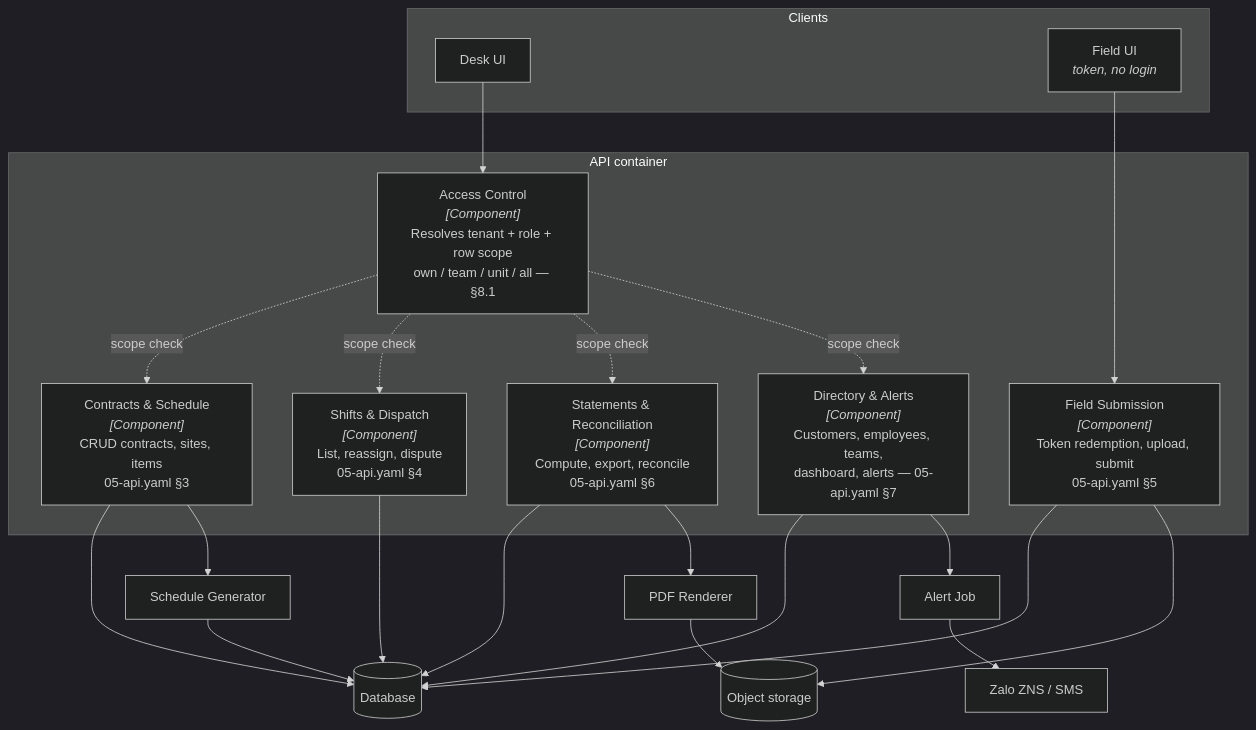
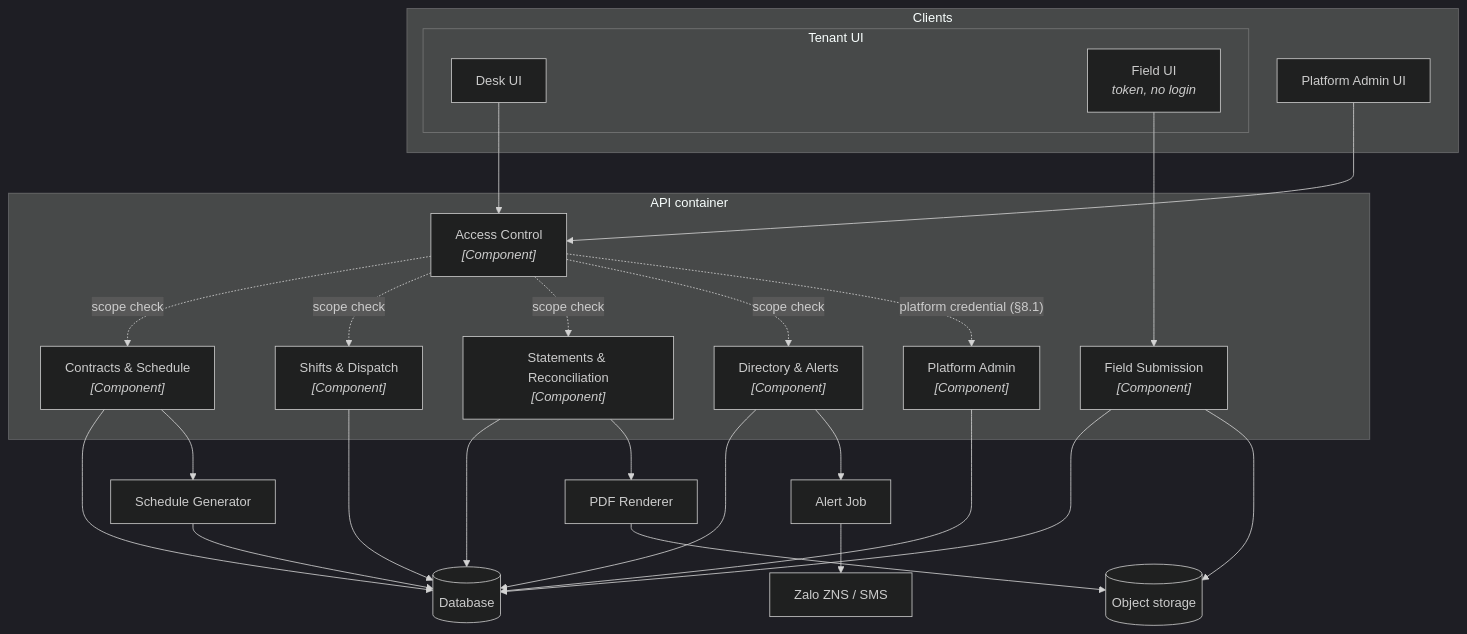
The third of 4 diagrams in docs/03-architecture.md (dDxCg/contrack), drawn with Mermaid (dark theme) before and after one commit. The commit also changed other lines of this file and 25 other files, not shown here.

Commit message:
resolve docs drift between erd, api and requirements, update repo layout. Fix employee hard delete to soft delete that match with requirements

````diff
--- a/docs/03-architecture.md
+++ b/docs/03-architecture.md
@@ -170,43 +156,50 @@
 ```mermaid
 flowchart TB
     subgraph clients["Clients"]
-        desk_ui2["Desk UI"]
-        field_ui2["Field UI<br/><i>token, no login</i>"]
+        subgraph tenant_ui2["Tenant UI"]
+            desk_ui2["Desk UI"]
+            field_ui2["Field UI<br/><i>token, no login</i>"]
+        end
+        platformadmin_ui2["Platform Admin UI"]
     end
 
     subgraph apic["API container"]
-        auth["Access Control<br/><i>[Component]</i><br/>Resolves tenant + role + row scope<br/>own / team / unit / all — §8.1"]
-        contracts["Contracts & Schedule<br/><i>[Component]</i><br/>CRUD contracts, sites, items<br/>05-api.yaml §3"]
-        shifts["Shifts & Dispatch<br/><i>[Component]</i><br/>List, reassign, dispute<br/>05-api.yaml §4"]
-        field["Field Submission<br/><i>[Component]</i><br/>Token redemption, upload, submit<br/>05-api.yaml §5"]
-        statements["Statements & Reconciliation<br/><i>[Component]</i><br/>Compute, export, reconcile<br/>05-api.yaml §6"]
-        directory["Directory & Alerts<br/><i>[Component]</i><br/>Customers, employees, teams,<br/>dashboard, alerts — 05-api.yaml §7"]
+        auth["Access Control<br/><i>[Component]</i>"]
+        contracts["Contracts & Schedule<br/><i>[Component]</i>"]
+        shifts["Shifts & Dispatch<br/><i>[Component]</i>"]
+        field["Field Submission<br/><i>[Component]</i>"]
+        statements["Statements & Reconciliation<br/><i>[Component]</i>"]
+        directory["Directory & Alerts<br/><i>[Component]</i>"]
+        platform["Platform Admin<br/><i>[Component]</i>"]
     end
 
     gen["Schedule Generator"]
     alertjob["Alert Job"]
     pdf["PDF Renderer"]
     db[("Database")]
     store[("Object storage")]
     channel["Zalo ZNS / SMS"]
 
     desk_ui2 --> auth
     field_ui2 --> field
+    platformadmin_ui2 --> auth
     auth -.->|"scope check"| contracts
     auth -.->|"scope check"| shifts
     auth -.->|"scope check"| statements
     auth -.->|"scope check"| directory
+    auth -.->|"platform credential (§8.1)"| platform
 
     contracts --> db
     contracts --> gen
     gen --> db
     shifts --> db
     field --> db
     field --> store
     statements --> db
     statements --> pdf
     pdf --> store
     directory --> db
     directory --> alertjob
+    platform --> db
     alertjob --> channel
 ```
````
